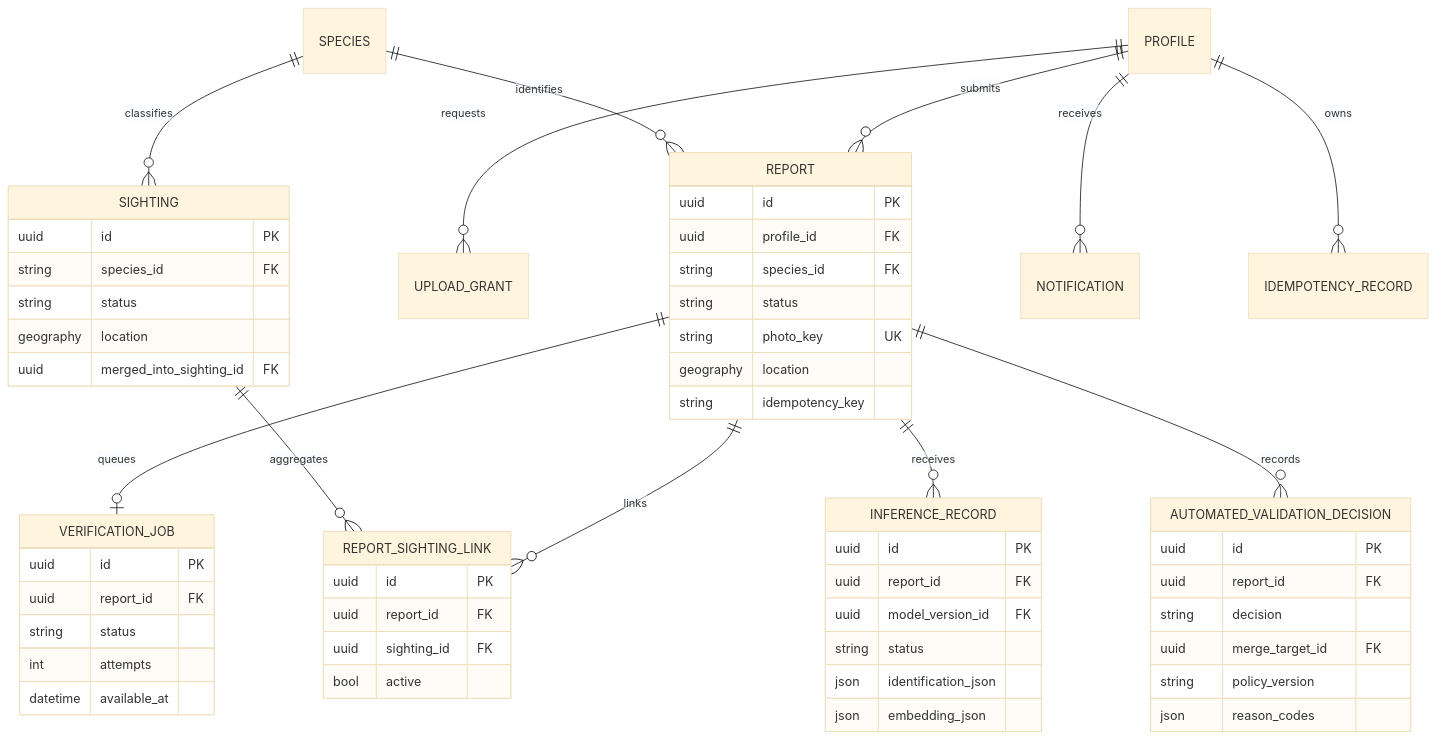
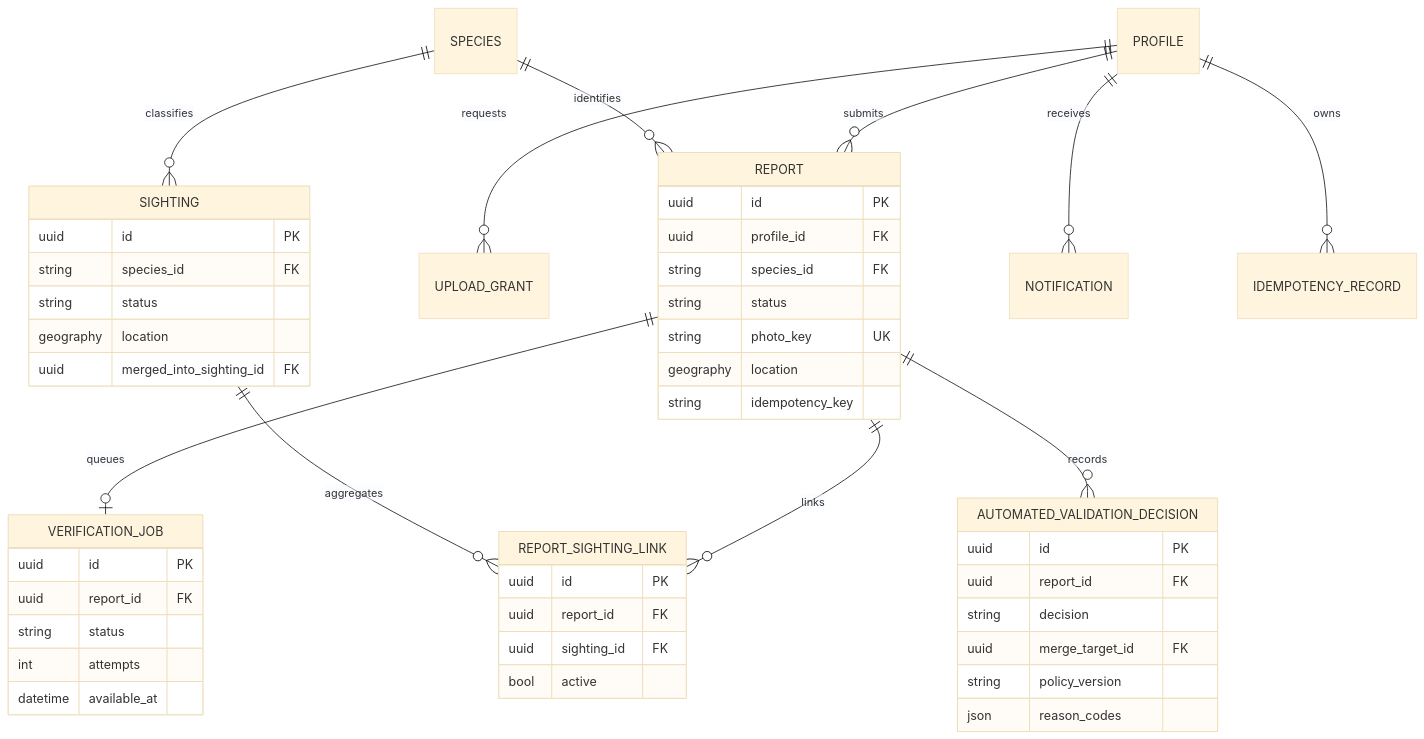
The third of 5 diagrams in docs/backend-architecture.md (muhammadalishoukathali/invatracetest), drawn with Mermaid (base theme) before and after one commit. The commit also changed other lines of this file and 58 other files, not shown here.

````diff
--- a/docs/backend-architecture.md
+++ b/docs/backend-architecture.md
@@ -92,60 +92,51 @@
 ```mermaid
 erDiagram
     PROFILE ||--o{ REPORT : submits
     PROFILE ||--o{ UPLOAD_GRANT : requests
     SPECIES ||--o{ REPORT : identifies
     SPECIES ||--o{ SIGHTING : classifies
     REPORT ||--o{ REPORT_SIGHTING_LINK : links
     SIGHTING ||--o{ REPORT_SIGHTING_LINK : aggregates
     REPORT ||--o| VERIFICATION_JOB : queues
-    REPORT ||--o{ INFERENCE_RECORD : receives
     REPORT ||--o{ AUTOMATED_VALIDATION_DECISION : records
     PROFILE ||--o{ NOTIFICATION : receives
     PROFILE ||--o{ IDEMPOTENCY_RECORD : owns
 
     REPORT {
         uuid id PK
         uuid profile_id FK
         string species_id FK
         string status
         string photo_key UK
         geography location
         string idempotency_key
     }
     SIGHTING {
         uuid id PK
         string species_id FK
         string status
         geography location
         uuid merged_into_sighting_id FK
     }
     REPORT_SIGHTING_LINK {
         uuid id PK
         uuid report_id FK
         uuid sighting_id FK
         bool active
     }
     VERIFICATION_JOB {
         uuid id PK
         uuid report_id FK
         string status
         int attempts
         datetime available_at
     }
     AUTOMATED_VALIDATION_DECISION {
         uuid id PK
         uuid report_id FK
         string decision
         uuid merge_target_id FK
         string policy_version
         json reason_codes
     }
-    INFERENCE_RECORD {
-        uuid id PK
-        uuid report_id FK
-        uuid model_version_id FK
-        string status
-        json identification_json
-        json embedding_json
-    }
 ```
````
